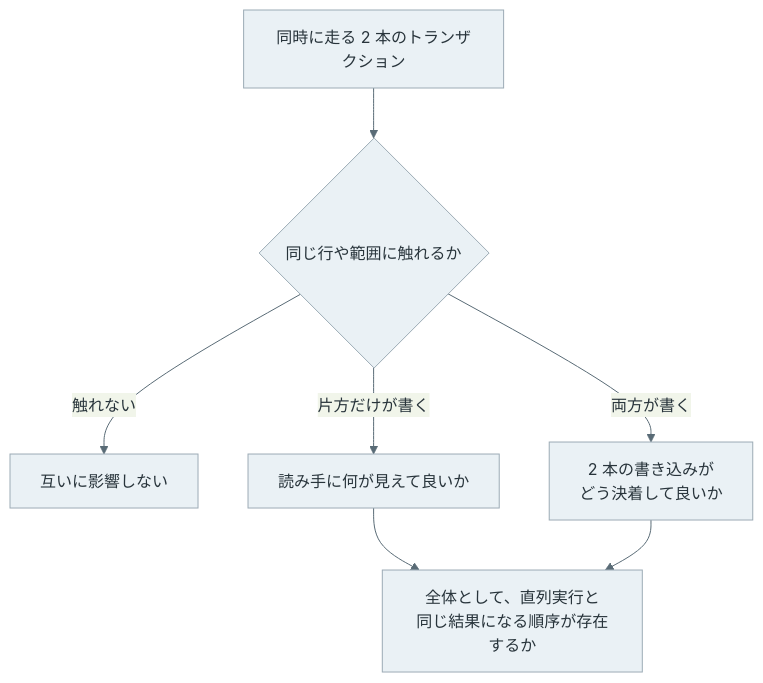
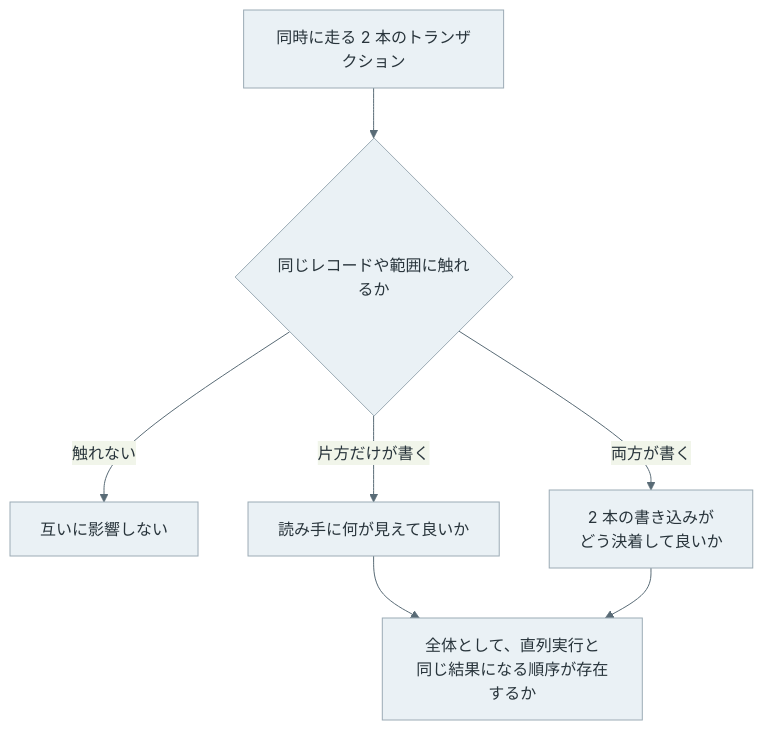
One commit to nao1215/debimate changed the second of 8 diagrams in content/notes/database-systems/transaction-isolation/index.md. Above: the diagram before and after it, drawn with Mermaid. The commit also changed other lines of this file and 125 other files, not shown here.

````diff
--- a/content/notes/database-systems/transaction-isolation/index.md
+++ b/content/notes/database-systems/transaction-isolation/index.md
@@ -59,11 +61,11 @@
 ```mermaid
 %%{init: {"theme":"base","themeVariables":{"primaryColor":"#eaf1f5","primaryTextColor":"#28343b","primaryBorderColor":"#9cabb5","lineColor":"#596b76","textColor":"#28343b","actorBkg":"#eaf1f5","actorBorder":"#9cabb5","actorTextColor":"#28343b","actorLineColor":"#9cabb5","signalColor":"#596b76","signalTextColor":"#28343b","noteBkgColor":"#f7f1e5","noteBorderColor":"#c5b99b","noteTextColor":"#403c32","activationBkgColor":"#edf3ef","activationBorderColor":"#9aafa1"}}}%%
 flowchart TB
-    Q["同時に走る 2 本のトランザクション"] --> C{"同じ行や範囲に触れるか"}
+    Q["同時に走る 2 本のトランザクション"] --> C{"同じレコードや範囲に触れるか"}
     C -->|"触れない"| N["互いに影響しない"]
     C -->|"片方だけが書く"| R["読み手に何が見えて良いか"]
     C -->|"両方が書く"| W["2 本の書き込みが<br/>どう決着して良いか"]
     R --> S["全体として、直列実行と<br/>同じ結果になる順序が存在するか"]
     W --> S
     classDef default fill:#eaf1f5,stroke:#9cabb5,color:#28343b;
 ```
````
